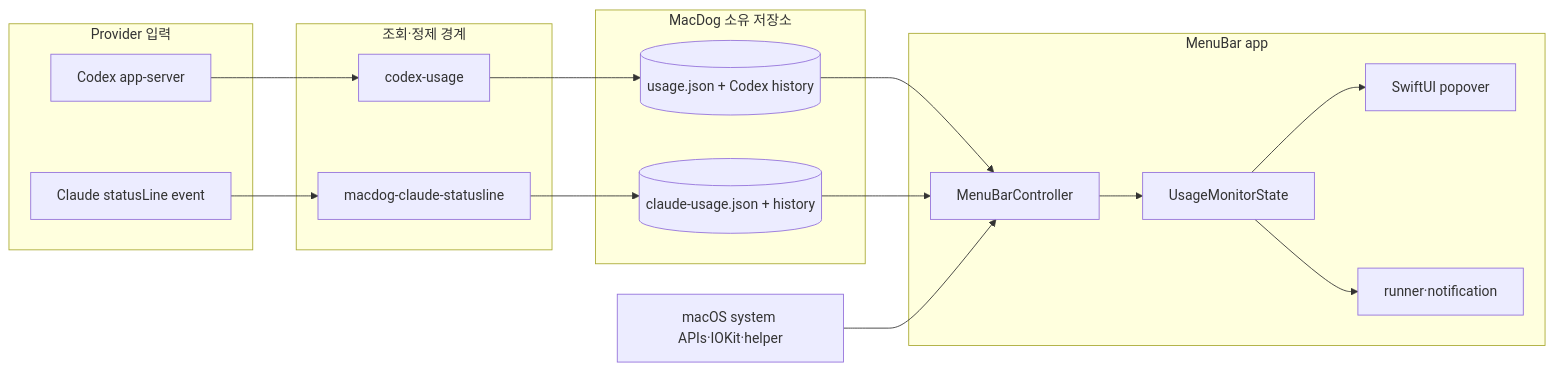
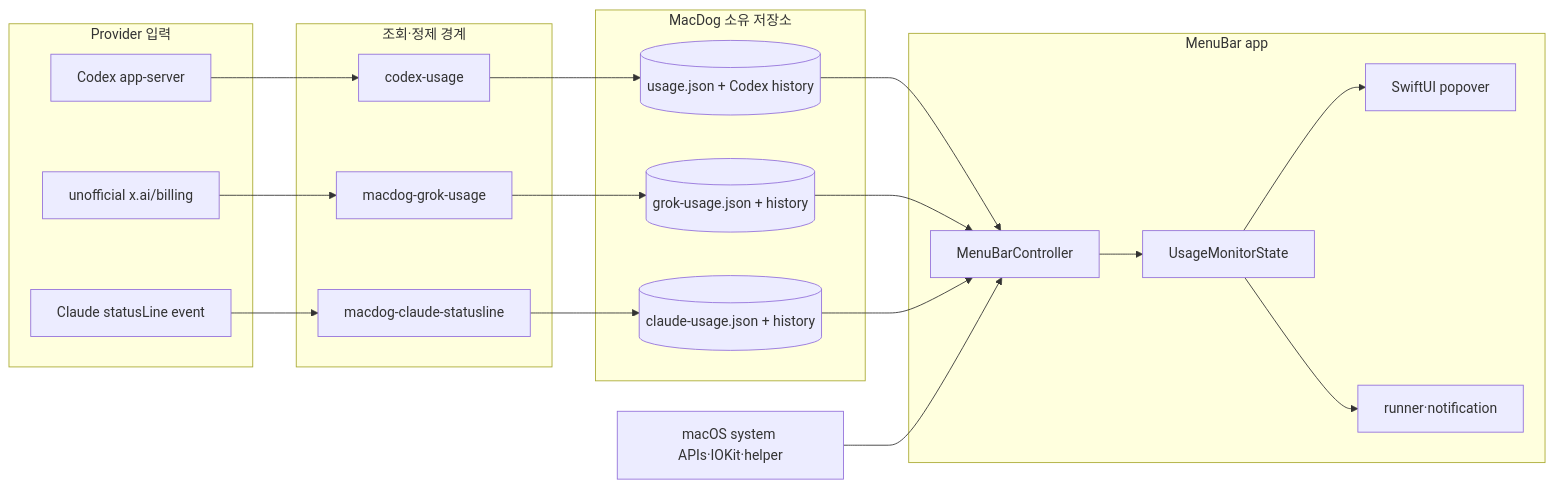
One commit to dhseo90/MacDog changed the second of 6 diagrams in Docs/Onboarding/Architecture.md. Above: the diagram before and after it, drawn with Mermaid. The commit also changed other lines of this file and 12 other files, not shown here.

````diff
--- a/Docs/Onboarding/Architecture.md
+++ b/Docs/Onboarding/Architecture.md
@@ -38,32 +40,37 @@
 ```mermaid
 flowchart LR
     subgraph Provider["Provider 입력"]
         Codex["Codex app-server"]
+        Grok["unofficial x.ai/billing"]
         Claude["Claude statusLine event"]
     end
 
     subgraph Boundary["조회·정제 경계"]
         UsageCLI["codex-usage"]
+        GrokWriter["macdog-grok-usage"]
         StatusBridge["macdog-claude-statusline"]
     end
 
     subgraph Storage["MacDog 소유 저장소"]
         CodexCache[("usage.json + Codex history")]
+        GrokCache[("grok-usage.json + history")]
         ClaudeCache[("claude-usage.json + history")]
     end
 
     subgraph UI["MenuBar app"]
         Controller["MenuBarController"]
         State["UsageMonitorState"]
         Popover["SwiftUI popover"]
         Runner["runner·notification"]
     end
 
     Codex --> UsageCLI --> CodexCache
+    Grok --> GrokWriter --> GrokCache
     Claude --> StatusBridge --> ClaudeCache
     CodexCache --> Controller
+    GrokCache --> Controller
     ClaudeCache --> Controller
     Controller --> State --> Popover
     State --> Runner
     System["macOS system APIs·IOKit·helper"] --> Controller
 ```
````
